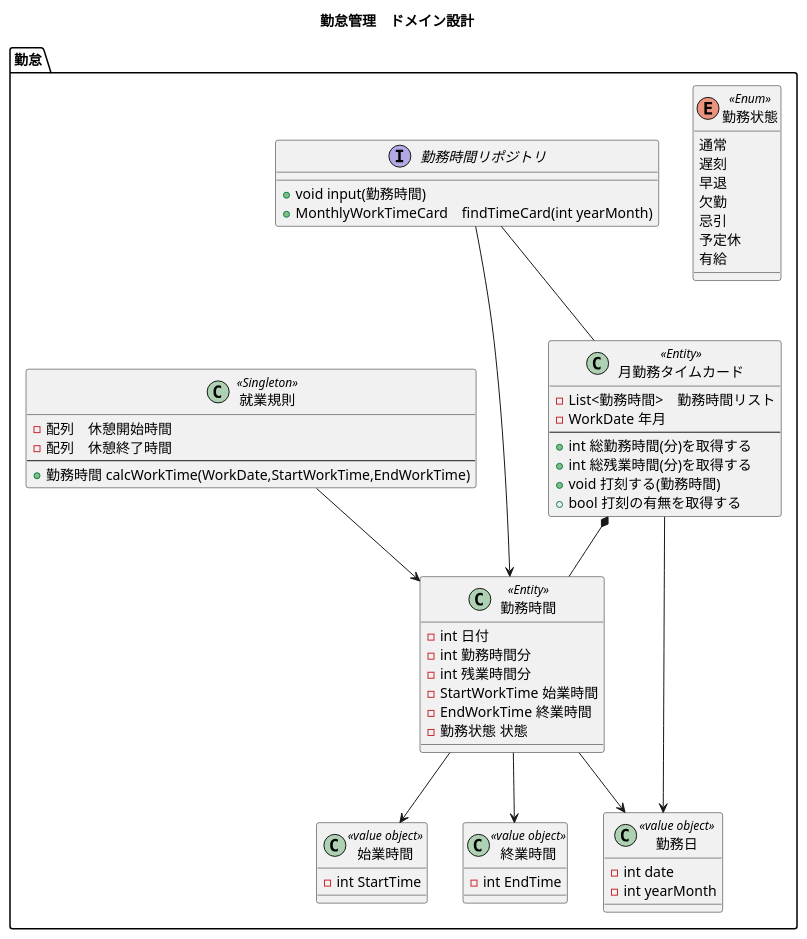
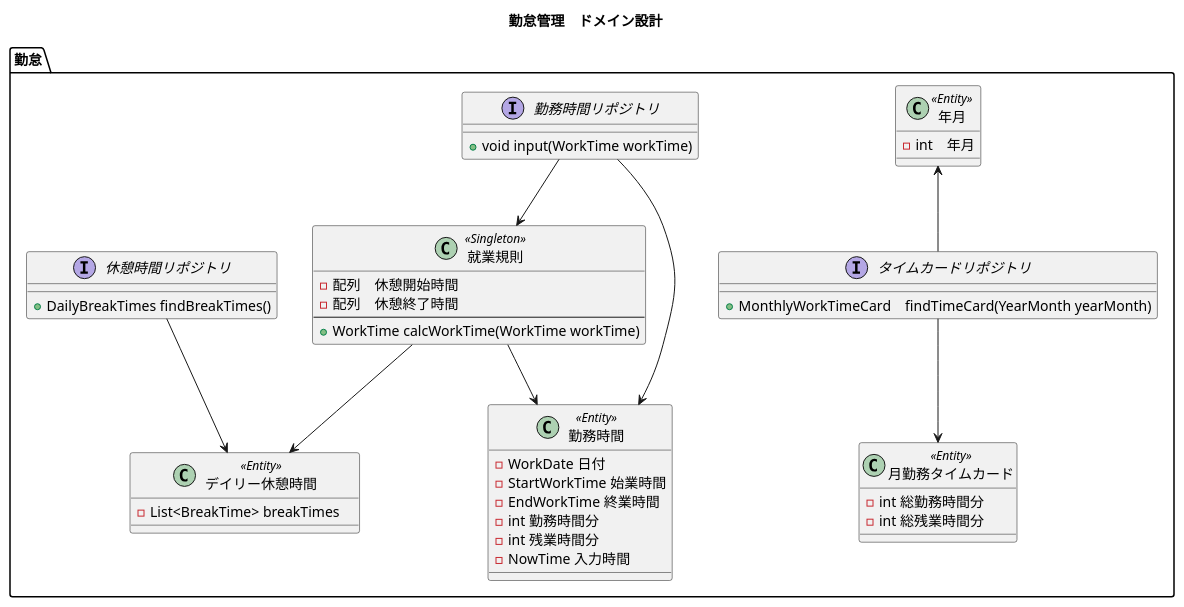
One commit to biglobe-isp/kintai changed the diagram in etc/document/domain/kintai-model.puml. Above: the diagram before and after it, drawn with PlantUML.

Commit message:
リポジトリ分割によるモデル図の一新

```diff
--- a/etc/document/domain/kintai-model.puml
+++ b/etc/document/domain/kintai-model.puml
@@ -1,75 +1,107 @@
 @startuml
 
 title 勤怠管理　ドメイン設計
 
 
 package 勤怠{
 
-    enum WorkState as "勤務状態" << Enum >>{
-     通常
-     遅刻
-     早退
-     欠勤
-     忌引
-     予定休
-     有給
+'    enum WorkState as "勤務状態" << Enum >>{
+'     通常
+'     遅刻
+'     早退
+'     欠勤
+'     忌引
+'     予定休
+'     有給
+'    }
+
+    /'*******************************
+        Entity
+    *******************************'/
+    class "勤務時間"  as  WorkTime << Entity >> {
+     - WorkDate 日付
+     - StartWorkTime 始業時間
+     - EndWorkTime 終業時間
+     – int 勤務時間分
+     - int 残業時間分
+     - NowTime 入力時間
     }
 
-    class WorkTime as "勤務時間"  << Entity >> {
-     - int 日付
-     – int 勤務時間分
-     - int 残業時間分
-     - StartWorkTime 始業時間
-     - EndWorkTime 終業時間
-     - 勤務状態 状態
+    class "月勤務タイムカード" as MonthlyWorkTimeCard << Entity >>{
+     – int 総勤務時間分
+     - int 総残業時間分
     }
 
-    class MonthlyWorkTimeCard as "月勤務タイムカード" << Entity >>{
-     - List<勤務時間>　勤務時間リスト
-     - WorkDate 年月
-     --
-     + int 総勤務時間(分)を取得する
-     + int 総残業時間(分)を取得する
-     + void 打刻する(勤務時間)
-     + bool 打刻の有無を取得する
+    class "年月" as YearMonth << Entity >>{
+     - int　年月
     }
 
-    MonthlyWorkTimeCard *-- WorkTime
+    class "デイリー休憩時間" as DailyBreakTimes << Entity >>{
+     - List<BreakTime> breakTimes　
+    }
+
+    /'*******************************
+        リポジトリ
+    *******************************'/
+    interface "勤務時間リポジトリ" as WorkTimeRepository{
+      + void input(WorkTime workTime)
+    }
+    WorkTimeRepository --> WorkTime
+
+    interface "休憩時間リポジトリ" as BreakTimeRepository{
+      + DailyBreakTimes findBreakTimes()
+    }
+    BreakTimeRepository --> DailyBreakTimes
+
+    interface "タイムカードリポジトリ" as TimeCardRepository{
+      + MonthlyWorkTimeCard　findTimeCard(YearMonth yearMonth)
+    }
+    YearMonth <-- TimeCardRepository
+    TimeCardRepository --> MonthlyWorkTimeCard
+
+    /'*******************************
+        Value Object
+    *******************************'/
+'    class StartWorkTime as "始業時間" << value object >>{
+'     - int StartTime
+'    }
+'    WorkTime --> StartWorkTime
+'
+'    class EndWorkTime as "終業時間" << value object >>{
+'     - int EndTime
+'    }
+'    WorkTime --> EndWorkTime
+'
+'    class WorkDate as "勤務日" << value object >>{
+'     - int date
+'     - int yearMonth
+'    }
+'    WorkTime --> WorkDate
+'
+'    class NowTime as "入力時間" << value object >>{
+'     - LocalDateTime now
+'    }
+'    WorkTime --> NowTime
+'
+'    class "休憩時間" as BreakTime << value object >>{
+'     - int 休憩開始時
+'     - int 休憩開始分
+'     - int 休憩終了時
+'     - int 休憩終了分
+'    }
+'    DailyBreakTimes --> BreakTime
 
 
-    interface WorkTimeRepository as "勤務時間リポジトリ"{
-      + void input(勤務時間)
-      + MonthlyWorkTimeCard　findTimeCard(int yearMonth)
-    }
 
-    WorkTimeRepository -- MonthlyWorkTimeCard
-
-    WorkTimeRepository --> WorkTime
-
-    class StartWorkTime as "始業時間" << value object >>{
-     - int StartTime
-    }
-    WorkTime --> StartWorkTime
-
-    class EndWorkTime as "終業時間" << value object >>{
-     - int EndTime
-    }
-    WorkTime --> EndWorkTime
-
-    class WorkDate as "勤務日" << value object >>{
-     - int date
-     - int yearMonth
-    }
-    WorkTime --> WorkDate
-    MonthlyWorkTimeCard --> WorkDate
-
-    class WorkingRule as "就業規則" << Singleton >>{
+    class "就業規則" as  WorkingRule << Singleton >>{
      - 配列　休憩開始時間
      - 配列　休憩終了時間
     --
-     + 勤務時間 calcWorkTime(WorkDate,StartWorkTime,EndWorkTime)
+     + WorkTime calcWorkTime(WorkTime workTime)
     }
+    WorkingRule --> DailyBreakTimes
+    WorkTimeRepository --> WorkingRule
     WorkingRule --> WorkTime
 
 }
 @enduml
```
